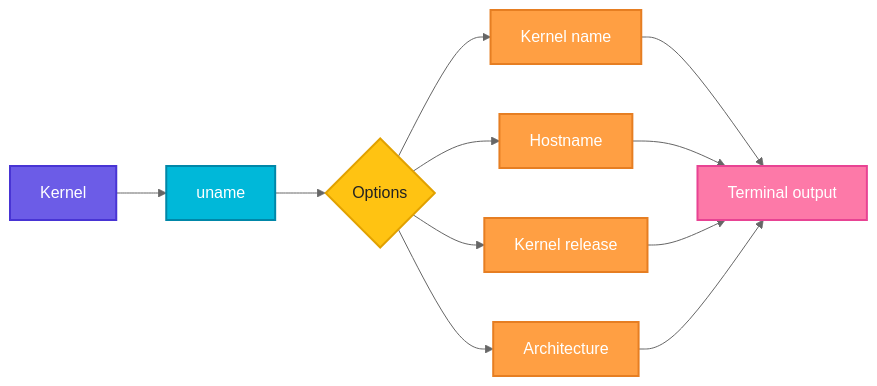
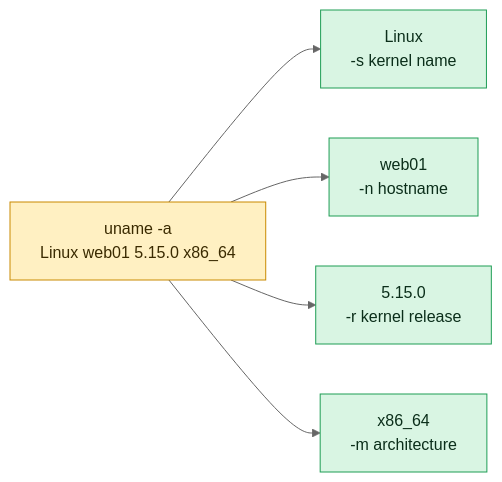
The diagram in linux/system-info/uname.md (codeKerdosTech/DevOps-Documentation), drawn with Mermaid (neutral theme) before and after one commit. The commit also changed other lines of this file and 165 other files, not shown here.

Commit message:
updated diagrams in linux

````diff
--- a/linux/system-info/uname.md
+++ b/linux/system-info/uname.md
@@ -14,25 +14,14 @@
 ```mermaid
 flowchart LR
-    A[Kernel] --> B[uname]
-    B --> C{Options}
-    C --> D[Kernel name]
-    C --> E[Hostname]
-    C --> F[Kernel release]
-    C --> G[Architecture]
-    D --> H[Terminal output]
-    E --> H
-    F --> H
-    G --> H
-    classDef start fill:#6C5CE7,stroke:#4834D4,stroke-width:2px,color:#fff
-    classDef proc fill:#00B8D9,stroke:#0087A8,stroke-width:2px,color:#fff
-    classDef dec fill:#FFC312,stroke:#E1A100,stroke-width:2px,color:#222
-    classDef ok fill:#2ECC71,stroke:#1E8449,stroke-width:2px,color:#fff
-    classDef err fill:#FF4757,stroke:#C0392B,stroke-width:2px,color:#fff
-    classDef out fill:#FD79A8,stroke:#E84393,stroke-width:2px,color:#fff
-    classDef alt fill:#FF9F43,stroke:#E67E22,stroke-width:2px,color:#fff
-    class A start
-    class B proc
-    class C dec
-    class D,E,F,G alt
-    class H out
+    c1[uname -a<br/>Linux web01 5.15.0 x86_64] --> o1[Linux<br/>-s kernel name]
+    c1 --> o2[web01<br/>-n hostname]
+    c1 --> o3[5.15.0<br/>-r kernel release]
+    c1 --> o4[x86_64<br/>-m architecture]
+    classDef inp fill:#DCEBFF,stroke:#2F6FDE,color:#10213F
+    classDef cmd fill:#FFF0C2,stroke:#C98A00,color:#3A2A00
+    classDef out fill:#D9F5E3,stroke:#1F9D55,color:#0B2E1A
+    classDef bad fill:#FDE0E0,stroke:#D13B3B,color:#4A0F0F
+    classDef note fill:#ECEFF3,stroke:#7B8794,color:#1F2933
+    class c1 cmd
+    class o1,o2,o3,o4 out
 ```
````
